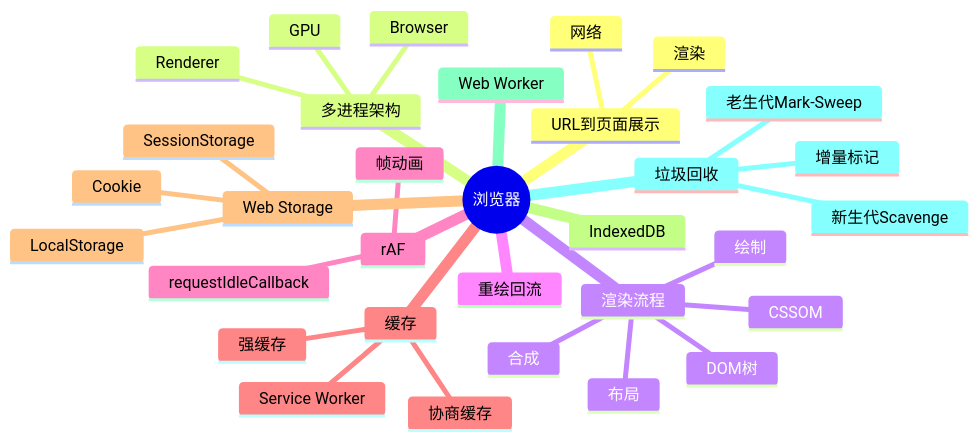
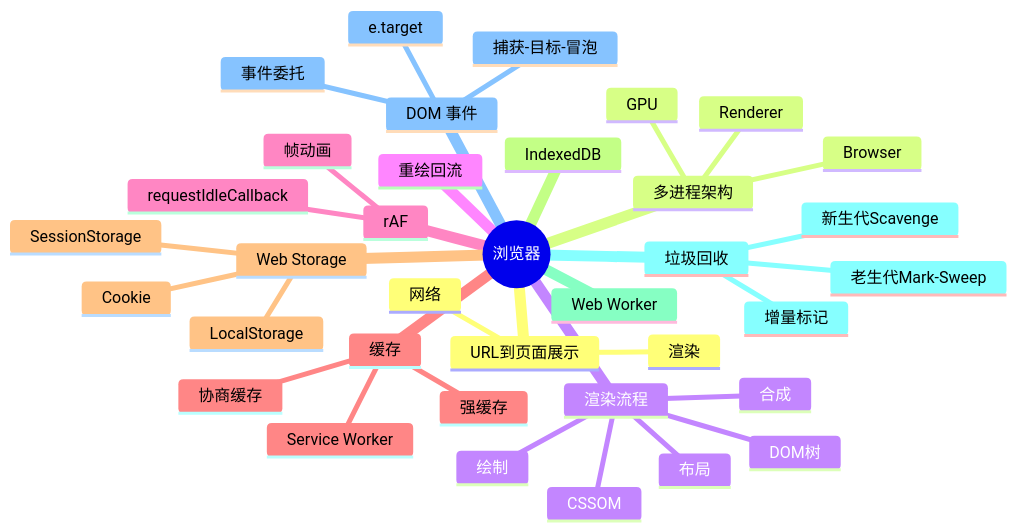
The diagram in docs/浏览器/index.md (zjh42139/interview-notes), drawn with Mermaid before and after one commit. The commit also changed other lines of this file and 4 other files, not shown here.

````diff
--- a/docs/浏览器/index.md
+++ b/docs/浏览器/index.md
@@ -9,35 +9,39 @@
 ```mermaid
 mindmap
   root((浏览器))
     URL到页面展示
       网络
       渲染
     多进程架构
       Browser
       Renderer
       GPU
     渲染流程
       DOM树
       CSSOM
       布局
       绘制
       合成
     重绘回流
     rAF
       帧动画
       requestIdleCallback
     缓存
       强缓存
       协商缓存
       Service Worker
     Web Storage
       Cookie
       LocalStorage
       SessionStorage
     IndexedDB
     Web Worker
     垃圾回收
       新生代Scavenge
       老生代Mark-Sweep
       增量标记
+    DOM 事件
+      捕获-目标-冒泡
+      事件委托
+      e.target
 ```
````
